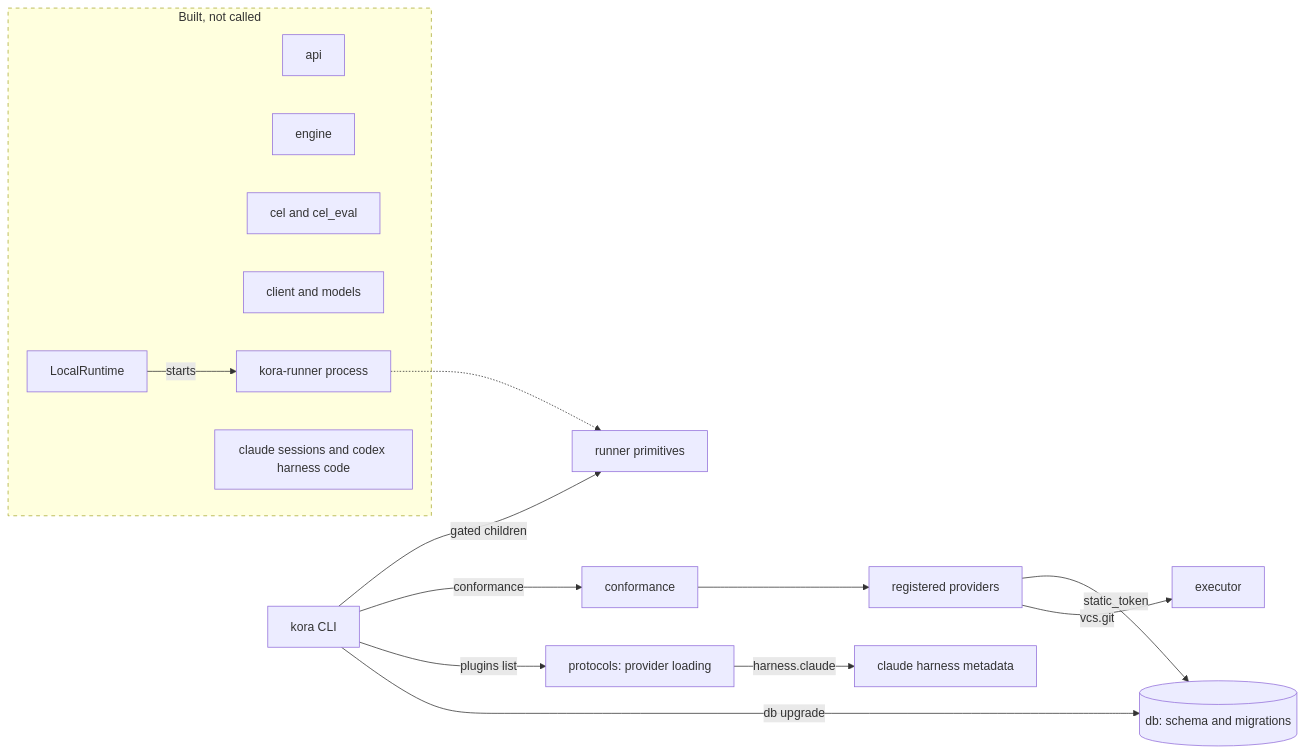
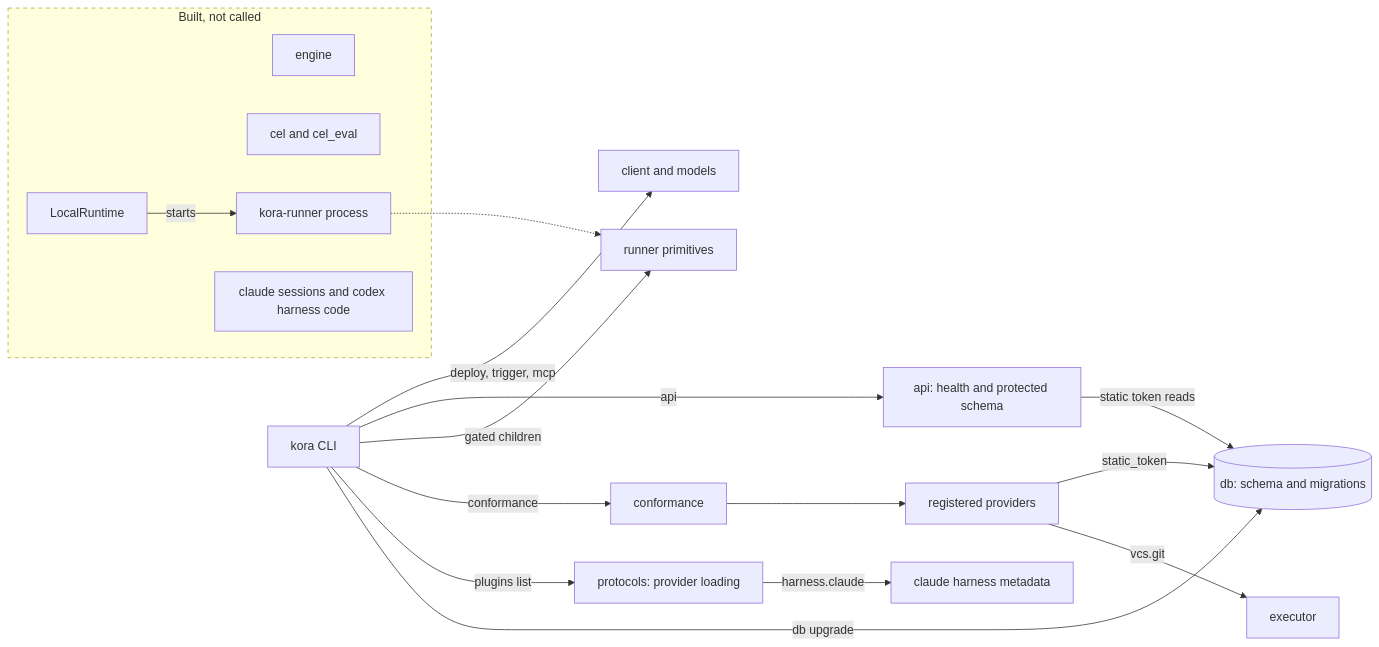
The diagram in knowledge/architecture/current.md (realkarych/kora), drawn with Mermaid before and after one commit. The commit also changed other lines of this file and 9 other files, not shown here.

````diff
--- a/knowledge/architecture/current.md
+++ b/knowledge/architecture/current.md
@@ -98,23 +98,24 @@
 ```mermaid
 flowchart LR
     accTitle: Callers of the existing packages
-    accDescr: The kora CLI reaches the database migrations, provider listing and the conformance command, and starts gated child processes with the runner primitives. Conformance constructs the registered providers and the plan executor. Provider listing loads the claude harness metadata. The API, engine, CEL, client, models, the local runtime with its runner processes, and harness sessions are reached only from tests.
+    accDescr: The kora CLI reaches the database migrations, provider listing and the conformance command, and starts gated child processes with the runner primitives. Conformance constructs the registered providers and the plan executor. Provider listing loads the claude harness metadata. The installed API serves health and protected schema. The client commands use the shared client. Engine domain operation wiring, the local runtime with its runner processes, and harness sessions are exercised by separate tests.
     CLI["kora CLI"] -->|db upgrade| DB[("db: schema and migrations")]
     CLI -->|plugins list| LOAD["protocols: provider loading"]
     CLI -->|conformance| CONF["conformance"]
     CONF --> PROV["registered providers"]
     PROV -->|vcs.git| EXEC["executor"]
     PROV -->|static_token| DB
     CLI -->|gated children| PRIM["runner primitives"]
     LOAD -->|harness.claude| CLAUDE["claude harness metadata"]
+    CLI -->|api| API["api: health and protected schema"]
+    CLI -->|deploy, trigger, mcp| CLIENT["client and models"]
+    API -->|static token reads| DB
     subgraph unused ["Built, not called"]
-        API["api"]
         ENGINE["engine"]
         CEL["cel and cel_eval"]
-        CLIENT["client and models"]
         LOCAL["LocalRuntime"] -->|starts| RUNNER["kora-runner process"]
         HARNESS["claude sessions and codex harness code"]
     end
     RUNNER -.-> PRIM
     style unused stroke-dasharray: 5 5
 ```
````
